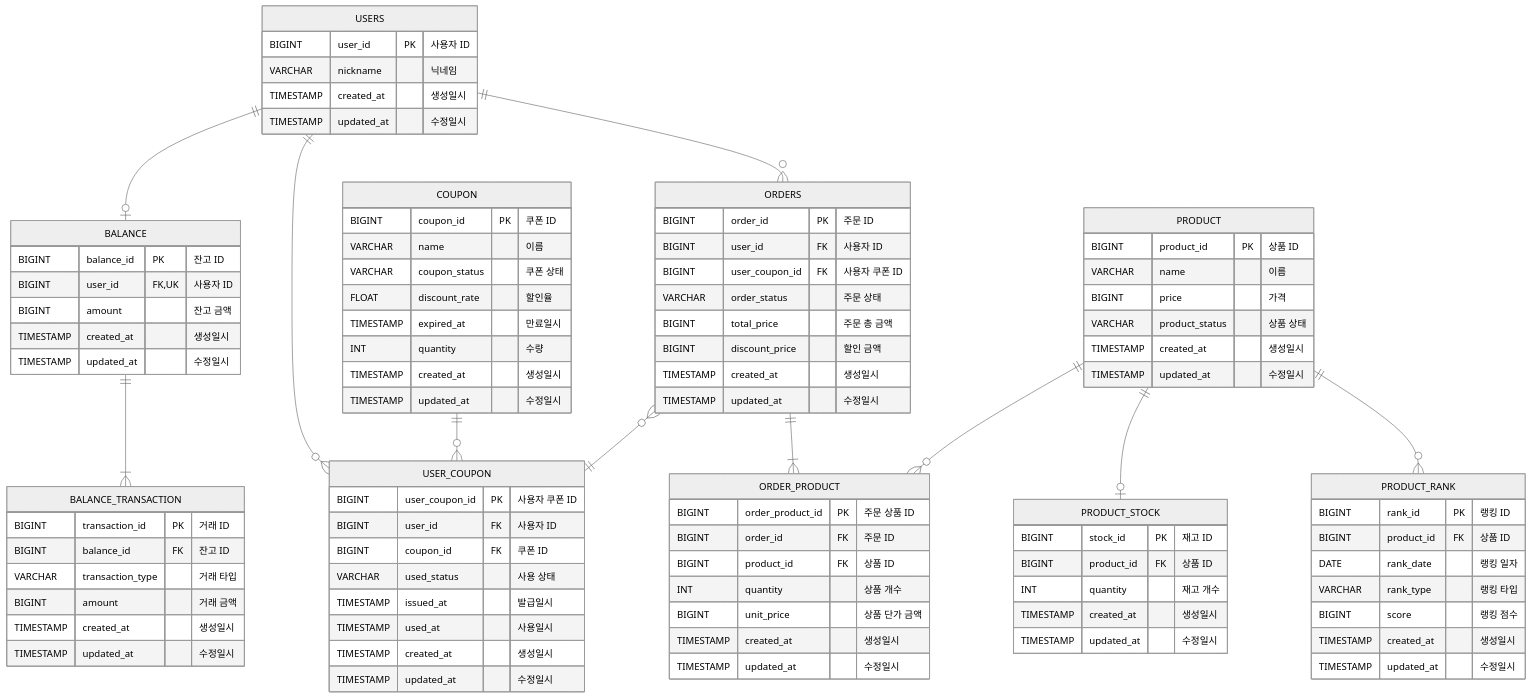
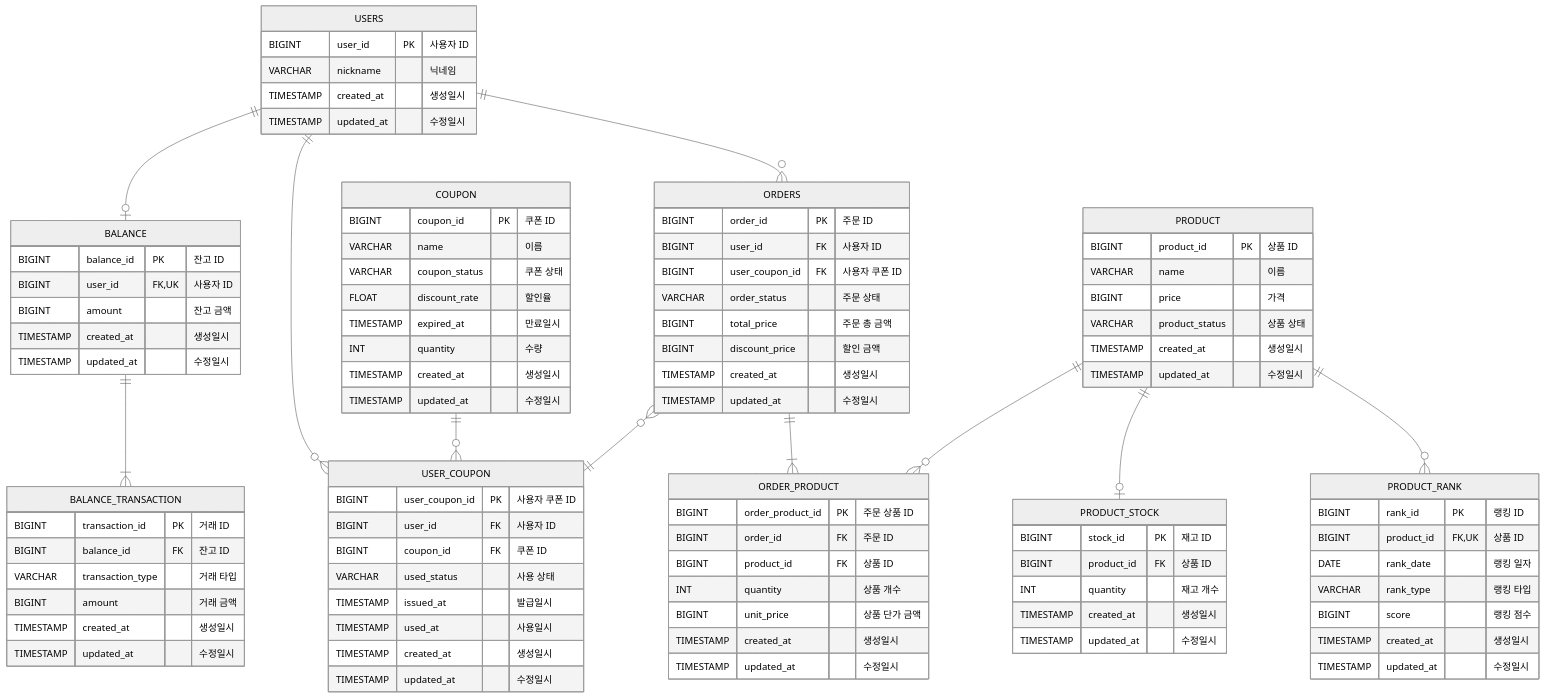
The diagram in docs/architecture/04.ERD.md (discphy/hhplus-e-commerce), drawn with Mermaid (neutral theme) before and after one commit. The commit also changed other lines of this file and 6 other files, not shown here.

Commit message:
[DOCS] 상태 다이어그램 추가로 인한 문서 목록 변경

```diff
--- a/docs/architecture/04.ERD.md
+++ b/docs/architecture/04.ERD.md
@@ -89,7 +91,7 @@
 
     PRODUCT_RANK {
         BIGINT rank_id PK "랭킹 ID"
-        BIGINT product_id FK "상품 ID"
+        BIGINT product_id FK,UK "상품 ID"
         DATE rank_date "랭킹 일자"
         VARCHAR rank_type "랭킹 타입"
         BIGINT score "랭킹 점수"
```
